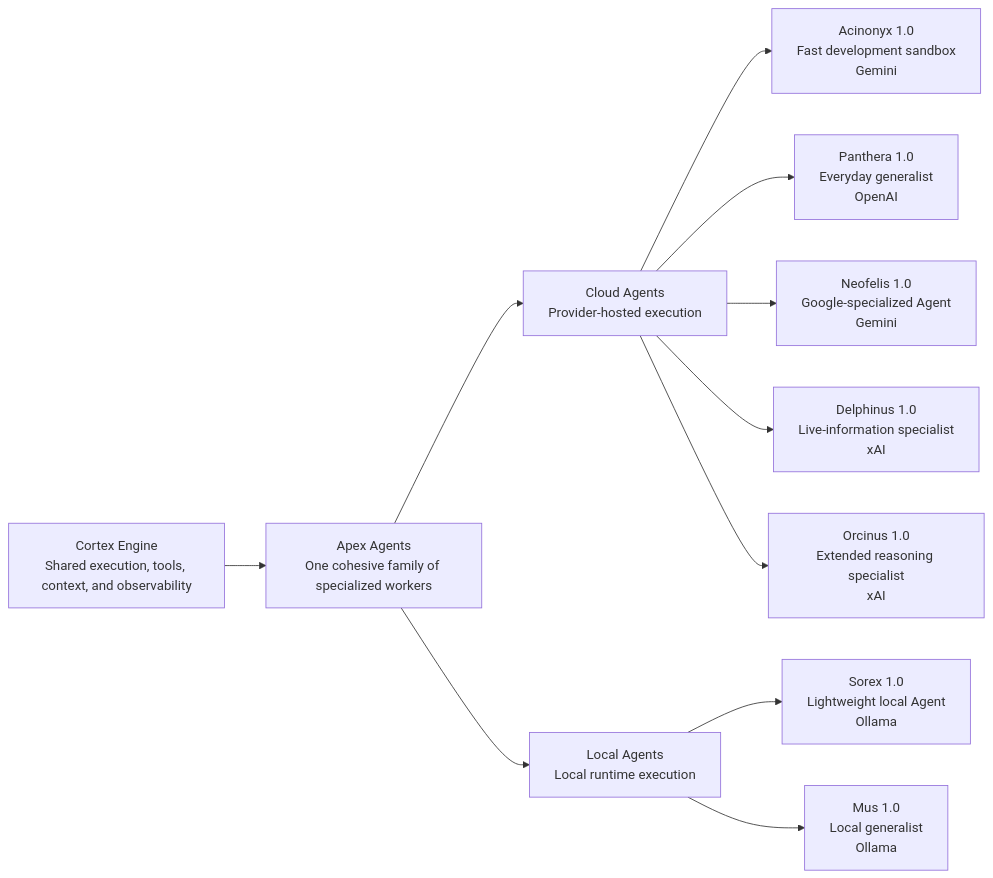
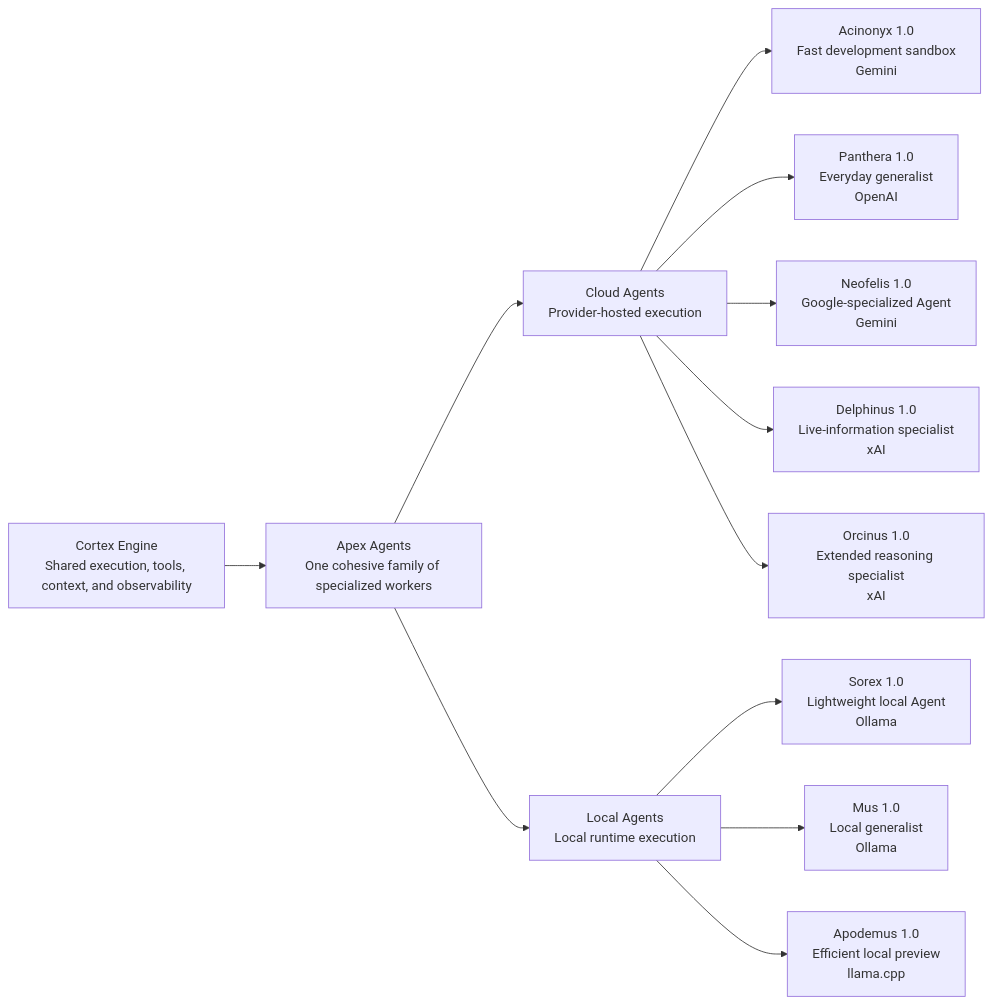
One commit to edumarcano/APEX changed the diagram in docs/identity-and-naming.md. Above: the diagram before and after it, drawn with Mermaid. The commit also changed other lines of this file and 75 other files, not shown here.

First line of the commit message:
feat: add Apex Apodemus via llama.cpp local runtime (#309)

````diff
--- a/docs/identity-and-naming.md
+++ b/docs/identity-and-naming.md
@@ -134,21 +134,22 @@
 ```mermaid
 flowchart LR
     ENGINE["Cortex Engine<br/>Shared execution, tools, context, and observability"]
     FAMILY["Apex Agents<br/>One cohesive family of specialized workers"]
 
     CLOUD["Cloud Agents<br/>Provider-hosted execution"]
     LOCAL["Local Agents<br/>Local runtime execution"]
 
     ENGINE --> FAMILY
     FAMILY --> CLOUD
     FAMILY --> LOCAL
 
     CLOUD --> ACINONYX["Acinonyx 1.0<br/>Fast development sandbox<br/>Gemini"]
     CLOUD --> PANTHERA["Panthera 1.0<br/>Everyday generalist<br/>OpenAI"]
     CLOUD --> NEOFELIS["Neofelis 1.0<br/>Google-specialized Agent<br/>Gemini"]
     CLOUD --> DELPHINUS["Delphinus 1.0<br/>Live-information specialist<br/>xAI"]
     CLOUD --> ORCINUS["Orcinus 1.0<br/>Extended reasoning specialist<br/>xAI"]
 
     LOCAL --> SOREX["Sorex 1.0<br/>Lightweight local Agent<br/>Ollama"]
     LOCAL --> MUS["Mus 1.0<br/>Local generalist<br/>Ollama"]
+    LOCAL --> APODEMUS["Apodemus 1.0<br/>Efficient local preview<br/>llama.cpp"]
 ```
````
